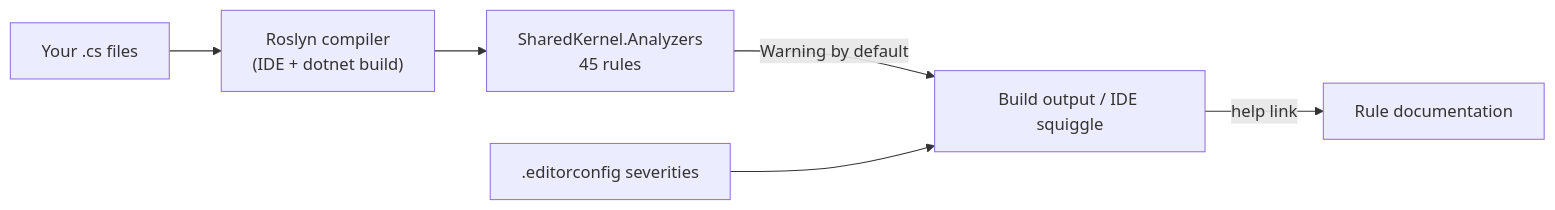
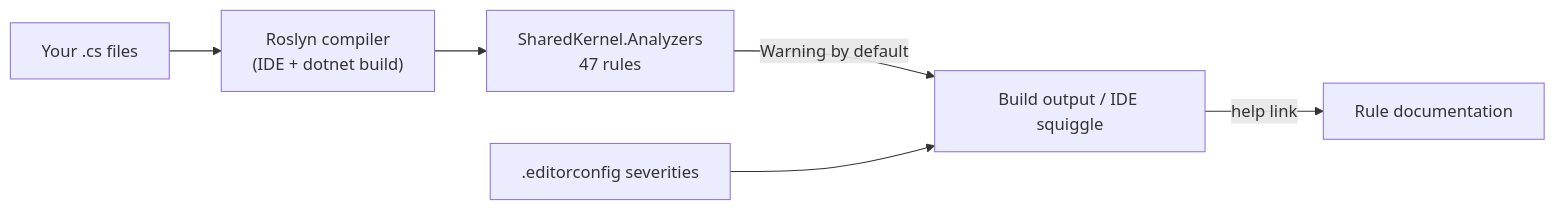
One commit to Gresta-Vertex-Labs/platform-shared-kernel changed the diagram in tools/Governance/SharedKernel.Analyzers/README.md. Above: the diagram before and after it, drawn with Mermaid. The commit also changed other lines of this file and 1494 other files, not shown here.

````diff
--- a/tools/Governance/SharedKernel.Analyzers/README.md
+++ b/tools/Governance/SharedKernel.Analyzers/README.md
@@ -92,8 +92,8 @@
 ```mermaid
 flowchart LR
     code["Your .cs files"] --> roslyn["Roslyn compiler<br/>(IDE + dotnet build)"]
-    roslyn --> an["SharedKernel.Analyzers<br/>45 rules"]
+    roslyn --> an["SharedKernel.Analyzers<br/>47 rules"]
     an -->|Warning by default| out["Build output / IDE squiggle"]
     cfg[".editorconfig severities"] --> out
     out -->|help link| docs["Rule documentation"]
 ```
````
